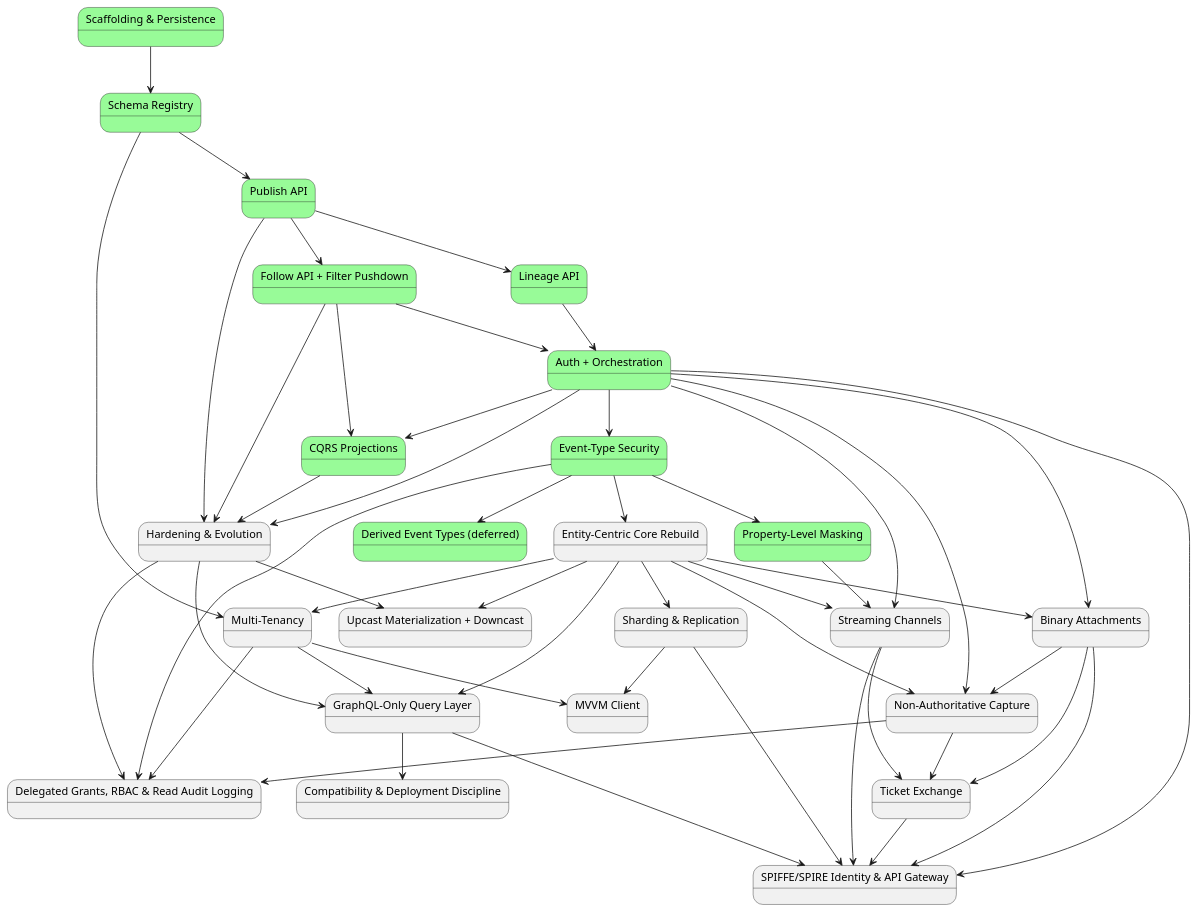
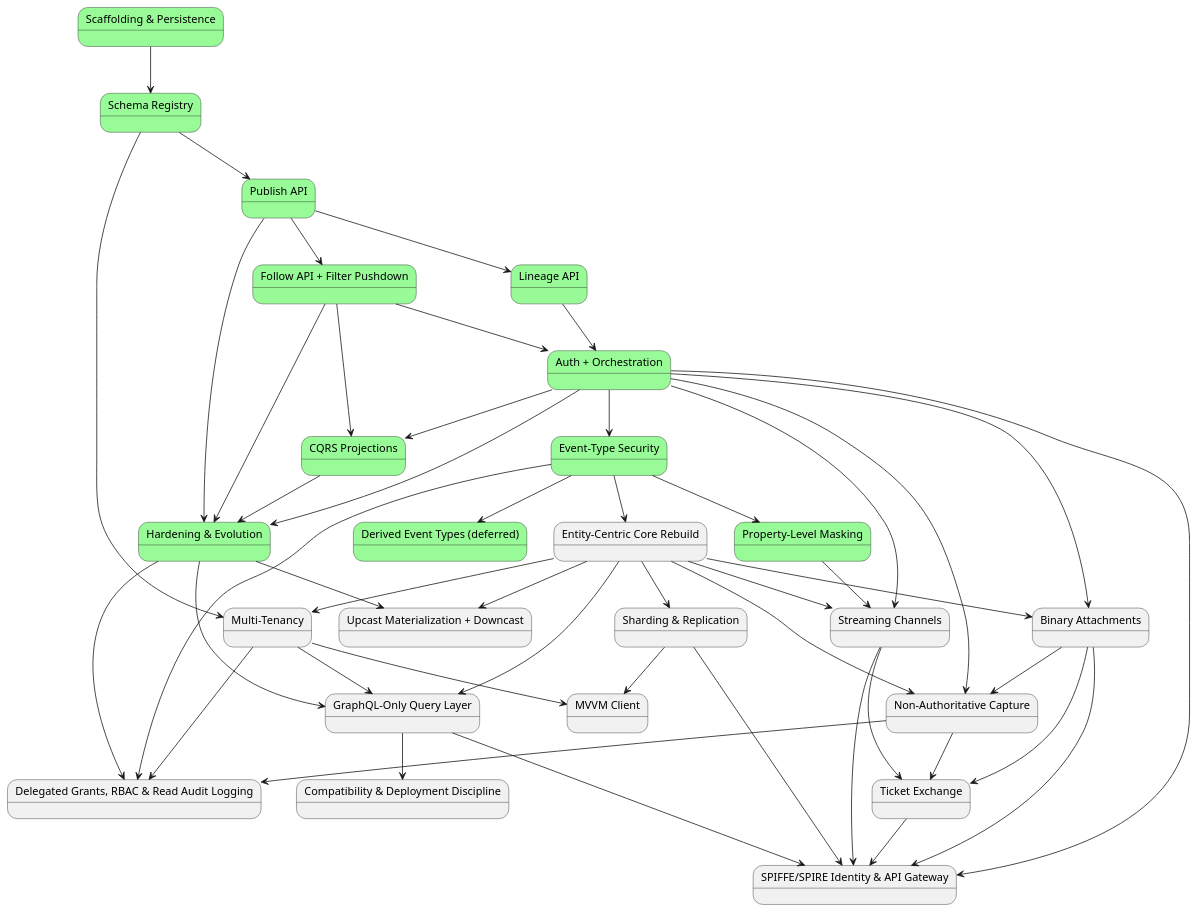
Before and after one commit to Mwwhited-BookLearning/EventSourcing: the first of 2 diagrams in docs/08-build-plan.md, drawn with PlantUML. The commit also changed other lines of this file and 67 other files, not shown here.

First line of the commit message:
Build Hardening & Evolution (build-plan item 11)

````diff
--- a/docs/08-build-plan.md
+++ b/docs/08-build-plan.md
@@ -156,77 +156,77 @@
 ```plantuml
 @startuml BuildPlan_CorePhases
 state "Scaffolding & Persistence" as p0 #palegreen
 state "Schema Registry" as p1 #palegreen
 state "Publish API" as p2 #palegreen
 state "Lineage API" as p3 #palegreen
 state "Follow API + Filter Pushdown" as p4 #palegreen
 state "Auth + Orchestration" as p5 #palegreen
 state "Event-Type Security" as p6 #palegreen
 state "Derived Event Types (deferred)" as p7 #palegreen
 state "Property-Level Masking" as p8 #palegreen
 state "CQRS Projections" as p9 #palegreen
-state "Hardening & Evolution" as p10
+state "Hardening & Evolution" as p10 #palegreen
 state "Entity-Centric Core Rebuild" as p11
 state "Multi-Tenancy" as p12
 state "Upcast Materialization + Downcast" as p13
 state "Streaming Channels" as p14
 state "Binary Attachments" as p15
 state "Sharding & Replication" as p16
 state "Non-Authoritative Capture" as p17
 state "GraphQL-Only Query Layer" as p18
 state "Compatibility & Deployment Discipline" as p19
 state "MVVM Client" as p20
 state "Ticket Exchange" as p21
 state "Delegated Grants, RBAC & Read Audit Logging" as p22
 state "SPIFFE/SPIRE Identity & API Gateway" as p23
 
 p0 --> p1
 p1 --> p2
 p2 --> p3
 p2 --> p4
 p3 --> p5
 p4 --> p5
 p5 --> p6
 p6 --> p7
 p6 --> p8
 p4 --> p9
 p5 --> p9
 p5 --> p10
 p2 --> p10
 p4 --> p10
 p9 --> p10
 p6 --> p11
 p1 --> p12
 p11 --> p12
 p10 --> p13
 p11 --> p13
 p5 --> p14
 p11 --> p14
 p8 --> p14
 p5 --> p15
 p11 --> p15
 p11 --> p16
 p11 --> p17
 p5 --> p17
 p15 --> p17
 p11 --> p18
 p12 --> p18
 p10 --> p18
 p18 --> p19
 p12 --> p20
 p16 --> p20
 p14 --> p21
 p15 --> p21
 p17 --> p21
 p17 --> p22
 p6 --> p22
 p12 --> p22
 p10 --> p22
 p5 --> p23
 p16 --> p23
 p14 --> p23
 p15 --> p23
 p18 --> p23
 p21 --> p23
 @enduml
 ```
````
